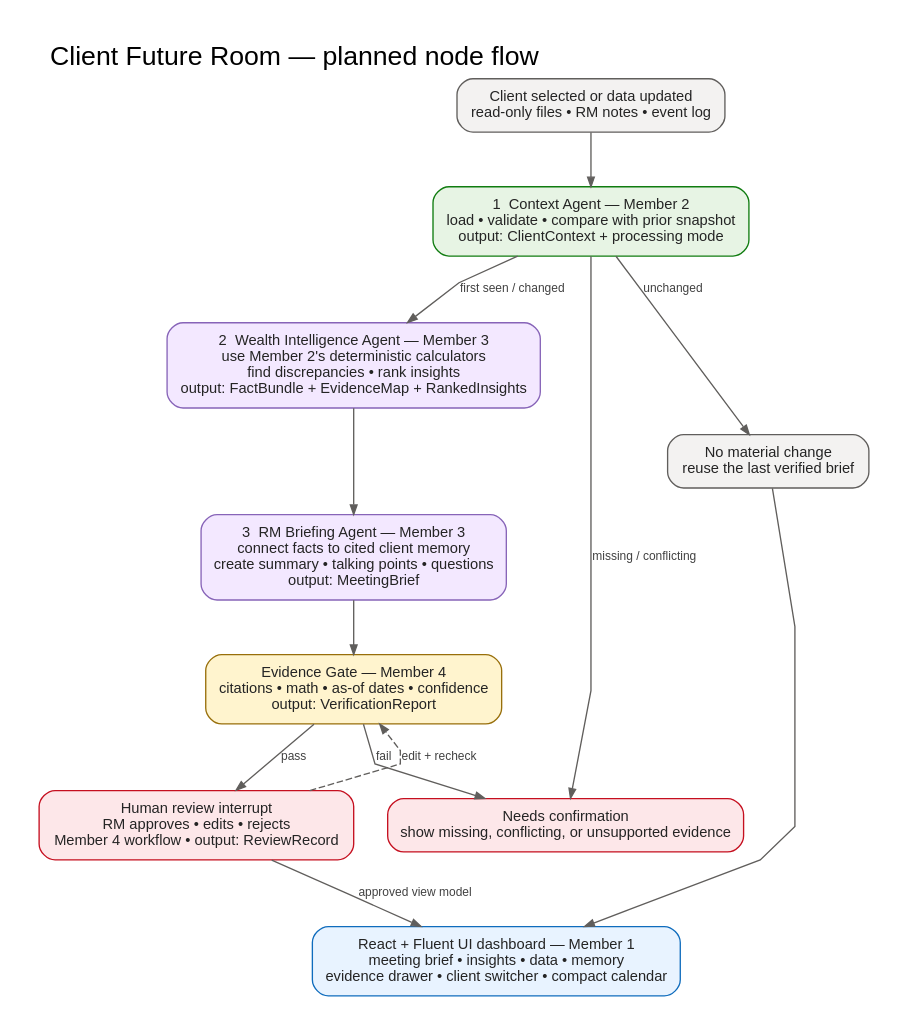
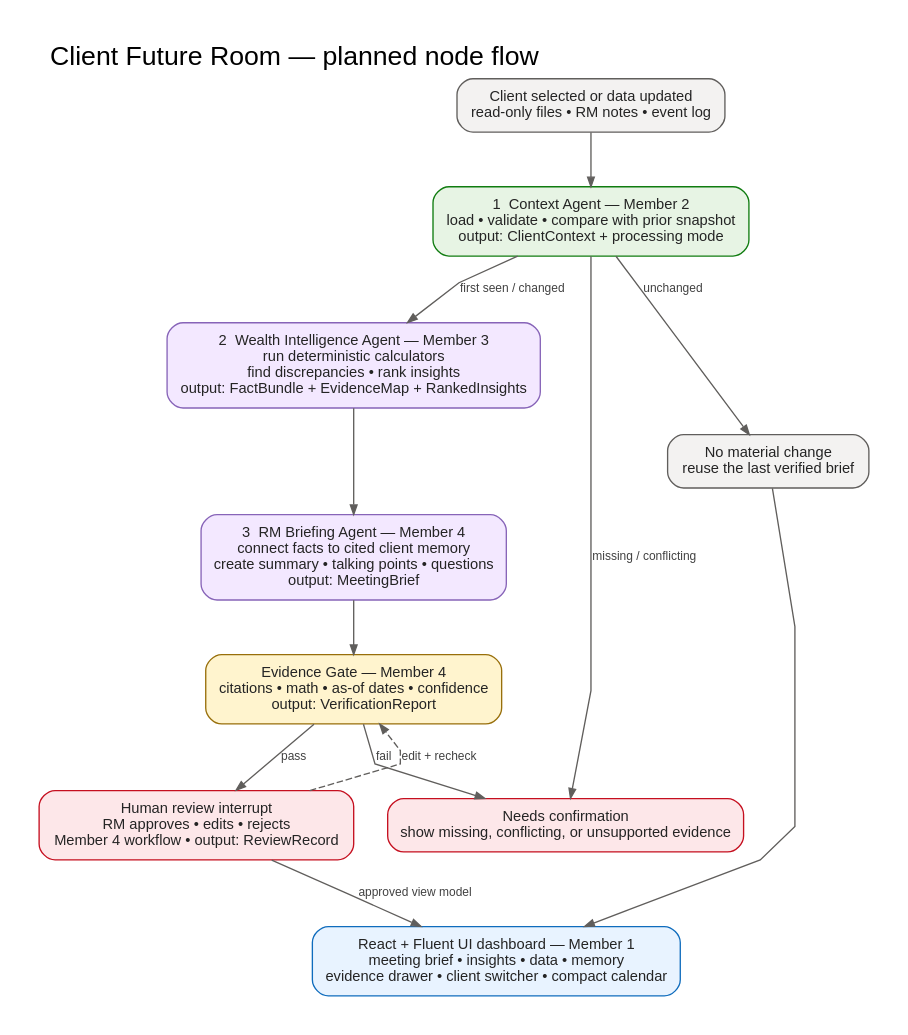
Before and after one commit to choiwab/SingHacks-2026: the diagram in docs/assets/rm-intelligence-node-architecture.dot, drawn with Graphviz. The commit also changed 5 other files, not shown here.

Commit message:
docs: align team ownership with node flow

```diff
--- a/docs/assets/rm-intelligence-node-architecture.dot
+++ b/docs/assets/rm-intelligence-node-architecture.dot
@@ -1,99 +1,99 @@
 digraph RMIntelligenceNodeFlow {
   graph [
     rankdir=TB,
     bgcolor="white",
     pad="0.3",
     nodesep="0.35",
     ranksep="0.55",
     splines=polyline,
     fontname="Arial",
     fontsize=20,
     label="Client Future Room — planned node flow",
     labelloc=t,
     labeljust=l
   ];
 
   node [
     shape=box,
     style="rounded,filled",
     fontname="Arial",
     fontsize=11,
     fontcolor="#242424",
     color="#605E5C",
     fillcolor="#FFFFFF",
     margin="0.16,0.11"
   ];
 
   edge [
     color="#605E5C",
     fontcolor="#424242",
     fontname="Arial",
     fontsize=9,
     arrowsize=0.72
   ];
 
   trigger [
     label="Client selected or data updated\nread-only files • RM notes • event log",
     fillcolor="#F3F2F1"
   ];
 
   context [
     label="1  Context Agent — Member 2\nload • validate • compare with prior snapshot\noutput: ClientContext + processing mode",
     fillcolor="#E7F4E4",
     color="#107C10"
   ];
 
   intelligence [
-    label="2  Wealth Intelligence Agent — Member 3\nuse Member 2's deterministic calculators\nfind discrepancies • rank insights\noutput: FactBundle + EvidenceMap + RankedInsights",
+    label="2  Wealth Intelligence Agent — Member 3\nrun deterministic calculators\nfind discrepancies • rank insights\noutput: FactBundle + EvidenceMap + RankedInsights",
     fillcolor="#F3E8FF",
     color="#8764B8"
   ];
 
   briefing [
-    label="3  RM Briefing Agent — Member 3\nconnect facts to cited client memory\ncreate summary • talking points • questions\noutput: MeetingBrief",
+    label="3  RM Briefing Agent — Member 4\nconnect facts to cited client memory\ncreate summary • talking points • questions\noutput: MeetingBrief",
     fillcolor="#F3E8FF",
     color="#8764B8"
   ];
 
   gate [
     label="Evidence Gate — Member 4\ncitations • math • as-of dates • confidence\noutput: VerificationReport",
     fillcolor="#FFF4CE",
     color="#986F0B"
   ];
 
   review [
     label="Human review interrupt\nRM approves • edits • rejects\nMember 4 workflow • output: ReviewRecord",
     fillcolor="#FDE7E9",
     color="#C50F1F"
   ];
 
   dashboard [
     label="React + Fluent UI dashboard — Member 1\nmeeting brief • insights • data • memory\nevidence drawer • client switcher • compact calendar",
     fillcolor="#E8F3FF",
     color="#0F6CBD"
   ];
 
   reuse [
     label="No material change\nreuse the last verified brief",
     fillcolor="#F3F2F1"
   ];
 
   confirm [
     label="Needs confirmation\nshow missing, conflicting, or unsupported evidence",
     fillcolor="#FDE7E9",
     color="#C50F1F"
   ];
 
   trigger -> context;
   context -> intelligence [label="first seen / changed"];
   intelligence -> briefing;
   briefing -> gate;
   gate -> review [label="pass"];
   review -> dashboard [label="approved view model"];
 
   context -> reuse [label="unchanged"];
   reuse -> dashboard;
   context -> confirm [label="missing / conflicting"];
   gate -> confirm [label="fail"];
   review -> gate [label="edit + recheck", style=dashed, constraint=false];
 }
```
